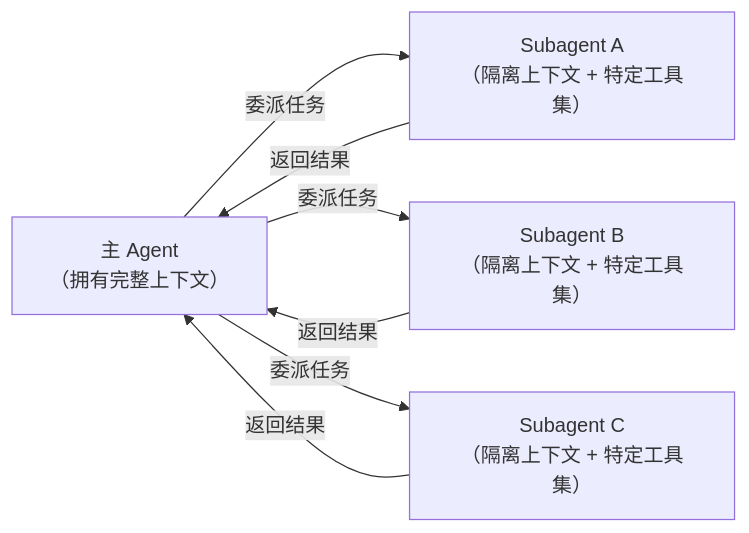
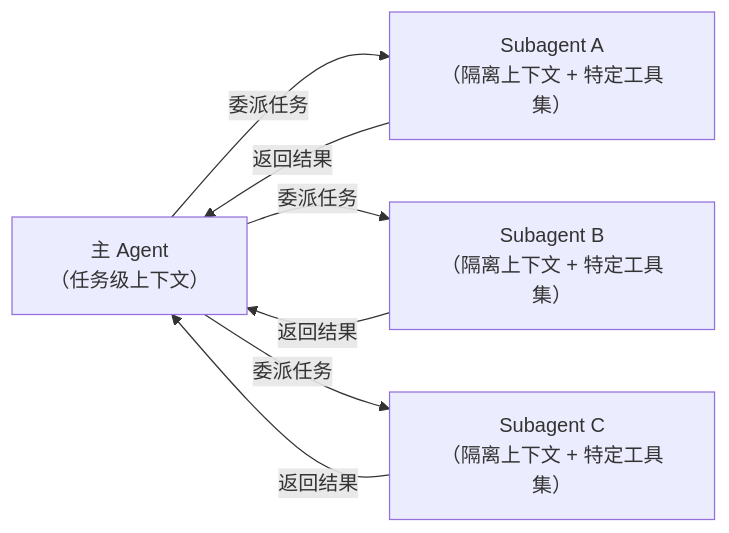
One commit to YangCazz/YangCazz.github.io changed the first of 4 diagrams in _posts/2026-05-22-subagent-architecture-isolation.md. Above: the diagram before and after it, drawn with Mermaid. The commit also changed other lines of this file and 5 other files, not shown here.

````diff
--- a/_posts/2026-05-22-subagent-architecture-isolation.md
+++ b/_posts/2026-05-22-subagent-architecture-isolation.md
@@ -33,10 +36,10 @@
 ```mermaid
 flowchart LR
-    Main["主 Agent<br/>（拥有完整上下文）"] -->|"委派任务"| Sub1["Subagent A<br/>（隔离上下文 + 特定工具集）"]
+    Main["主 Agent<br/>（任务级上下文）"] -->|"委派任务"| Sub1["Subagent A<br/>（隔离上下文 + 特定工具集）"]
     Main -->|"委派任务"| Sub2["Subagent B<br/>（隔离上下文 + 特定工具集）"]
     Main -->|"委派任务"| Sub3["Subagent C<br/>（隔离上下文 + 特定工具集）"]
     
     Sub1 -->|"返回结果"| Main
     Sub2 -->|"返回结果"| Main
     Sub3 -->|"返回结果"| Main
 ```
````
